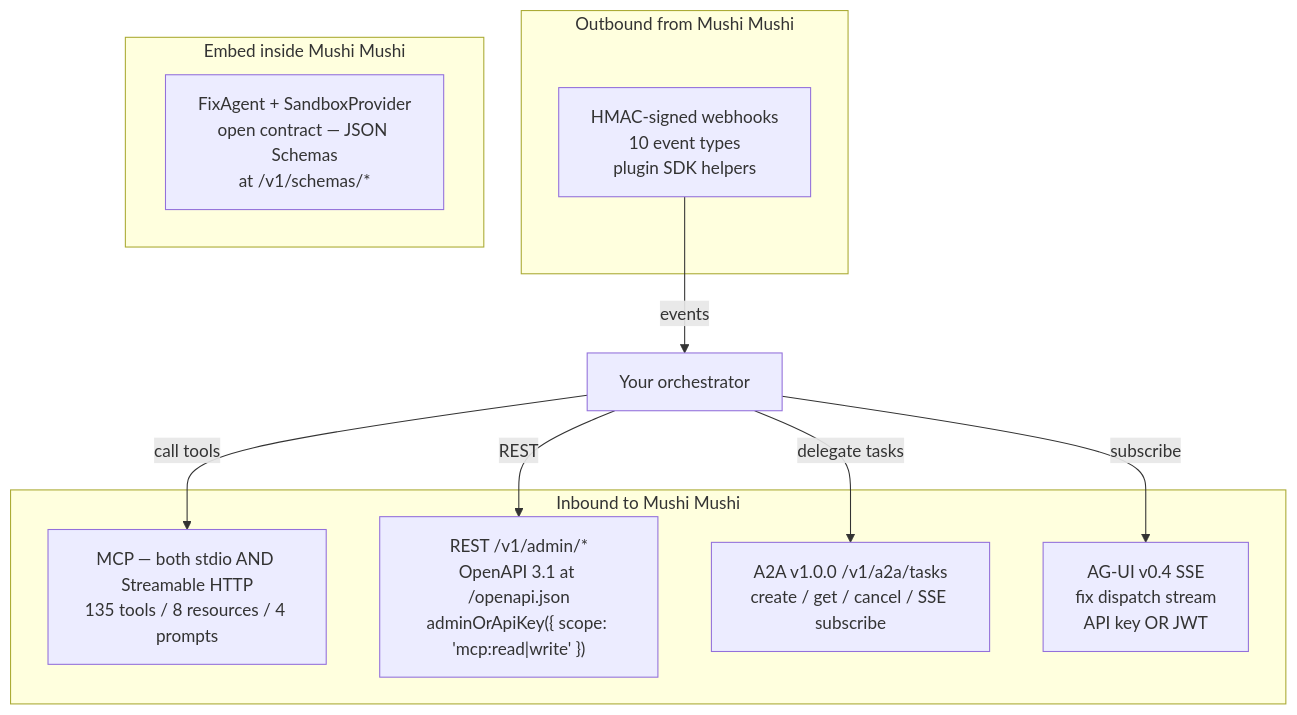
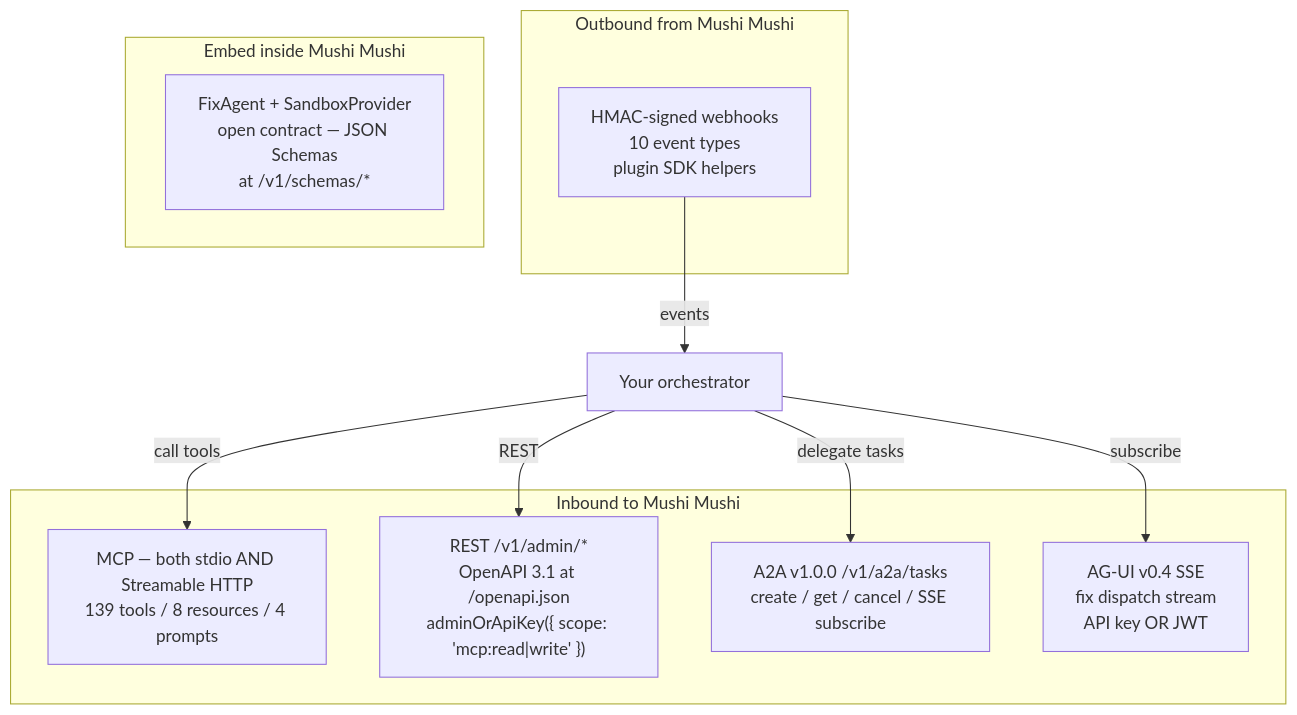
One commit to kensaurus/mushi-mushi changed the diagram in apps/docs/content/concepts/orchestrator-interop.mdx. Above: the diagram before and after it, drawn with Mermaid. The commit also changed other lines of this file and 153 other files, not shown here.

First line of the commit message:
feat(ux): iteration timeline, pinned baselines and a score cache (ADR 0072)

````diff
--- a/apps/docs/content/concepts/orchestrator-interop.mdx
+++ b/apps/docs/content/concepts/orchestrator-interop.mdx
@@ -32,20 +32,20 @@
 ```mermaid
 flowchart TB
   subgraph Inbound["Inbound to Mushi Mushi"]
-    MCP["MCP — both stdio AND Streamable HTTP<br/>135 tools / 8 resources / 4 prompts"]
+    MCP["MCP — both stdio AND Streamable HTTP<br/>139 tools / 8 resources / 4 prompts"]
     REST["REST /v1/admin/*<br/>OpenAPI 3.1 at /openapi.json<br/>adminOrApiKey({ scope: 'mcp:read|write' })"]
     A2A["A2A v1.0.0 /v1/a2a/tasks<br/>create / get / cancel / SSE subscribe"]
     AGUI["AG-UI v0.4 SSE<br/>fix dispatch stream<br/>API key OR JWT"]
   end
   subgraph Outbound["Outbound from Mushi Mushi"]
     Hooks["HMAC-signed webhooks<br/>10 event types<br/>plugin SDK helpers"]
   end
   subgraph Native["Embed inside Mushi Mushi"]
     FA["FixAgent + SandboxProvider<br/>open contract — JSON Schemas<br/>at /v1/schemas/*"]
   end
   Orch["Your orchestrator"] -->|"call tools"| MCP
   Orch -->|"REST"| REST
   Orch -->|"delegate tasks"| A2A
   Orch -->|"subscribe"| AGUI
   Hooks -->|"events"| Orch
 ```
````
